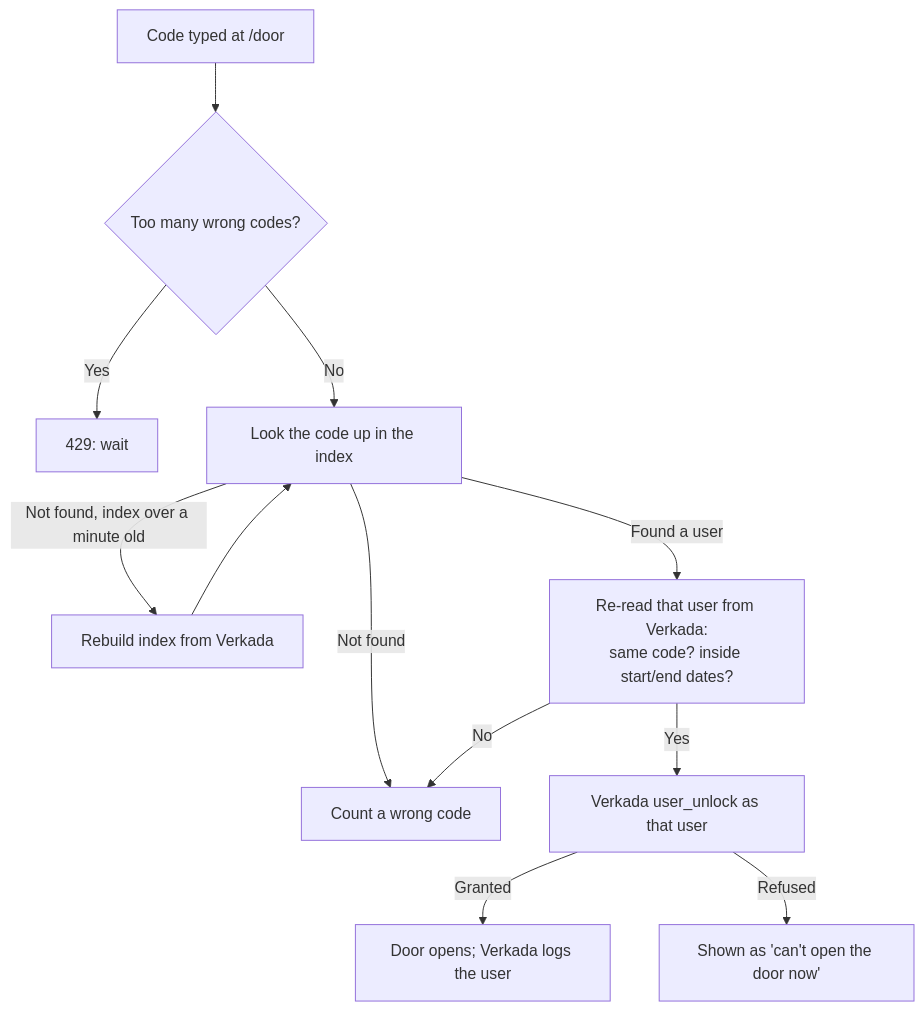
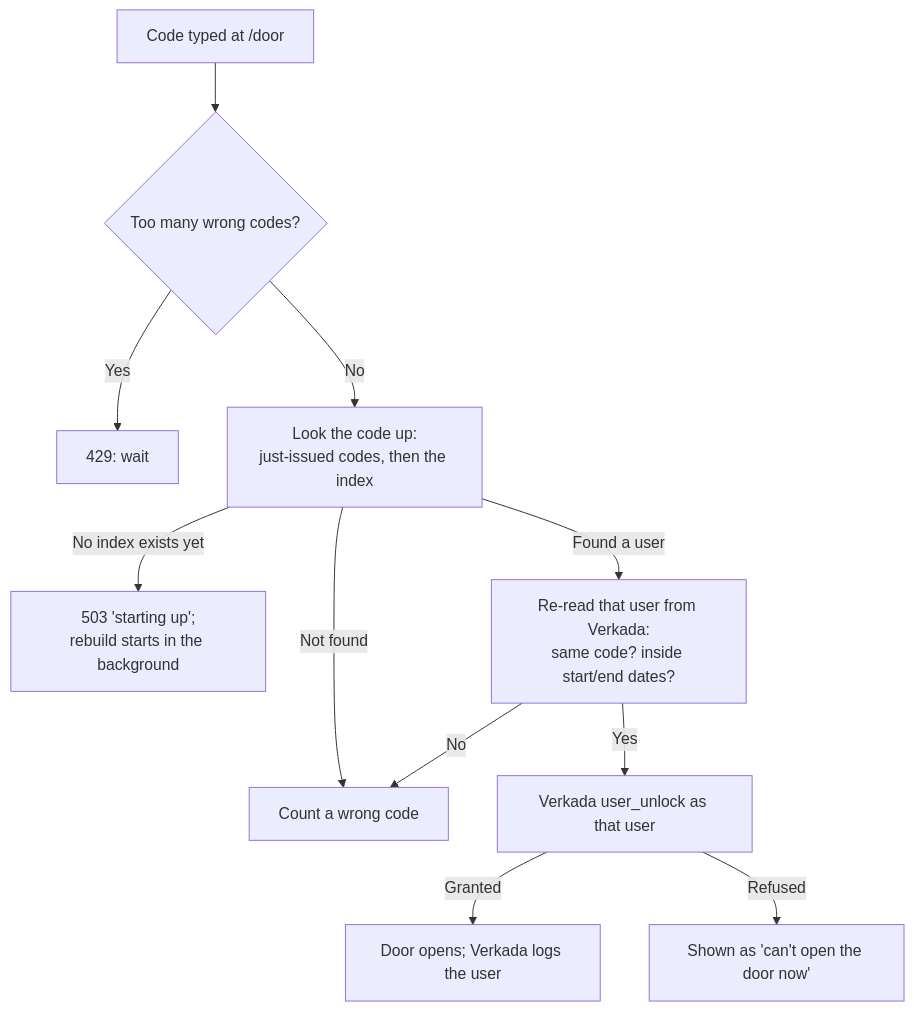
One commit to manifund/mox-sf changed the diagram in docs/workflows/web-door-keypad.md. Above: the diagram before and after it, drawn with Mermaid. The commit also changed other lines of this file and 13 other files, not shown here.

````diff
--- a/docs/workflows/web-door-keypad.md
+++ b/docs/workflows/web-door-keypad.md
@@ -16,13 +16,13 @@
 ```mermaid
 flowchart TB
     A[Code typed at /door] --> B{Too many wrong codes?}
     B -->|Yes| X[429: wait]
-    B -->|No| C[Look the code up in the index]
-    C -->|Not found, index over a minute old| D[Rebuild index from Verkada] --> C
+    B -->|No| C[Look the code up:<br/>just-issued codes, then the index]
+    C -->|No index exists yet| W[503 'starting up';<br/>rebuild starts in the background]
     C -->|Not found| R[Count a wrong code]
     C -->|Found a user| E[Re-read that user from Verkada:<br/>same code? inside start/end dates?]
     E -->|No| R
     E -->|Yes| F[Verkada user_unlock as that user]
     F -->|Granted| G[Door opens; Verkada logs the user]
     F -->|Refused| H[Shown as 'can't open the door now']
 ```
````
